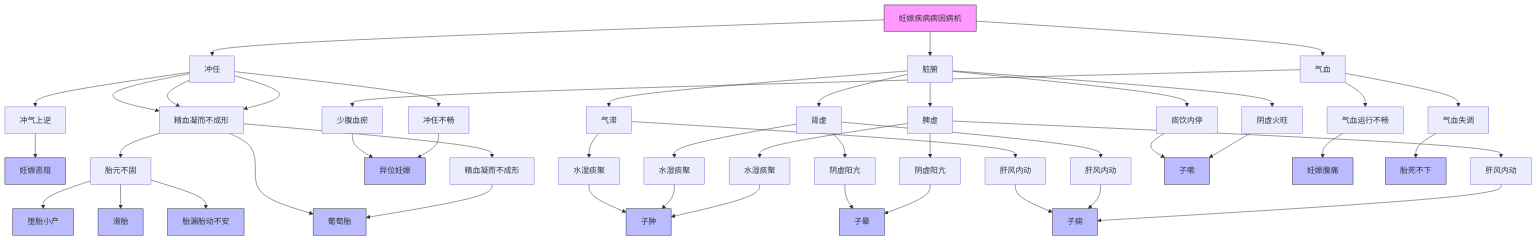
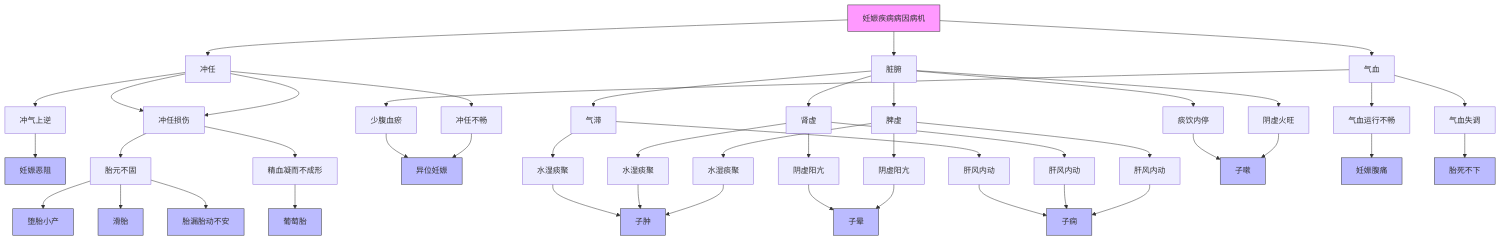
The diagram in all/未命名.md (lili23755/iodraw-files), drawn with Mermaid before and after one commit.

Commit message:
2025-04-04 10:58:11 update

````diff
--- a/all/未命名.md
+++ b/all/未命名.md
@@ -1,42 +1,41 @@
 ```mermaid
 flowchart TD
     A[妊娠疾病病因病机] --> B[冲任]
     A --> C[脏腑]
     A --> D[气血]
     
     B --> B1[冲气上逆] --> 妊娠恶阻
     B --> B2[冲任损伤] --> B2a[胎元不固] --> 堕胎小产 & 滑胎 & 胎漏胎动不安
     B --> B2[冲任损伤] --> B2b[精血凝而不成形] -->葡萄胎 
     B --> B3[冲任不畅] --> 异位妊娠
-    B --> B2[精血凝而不成形] --> 葡萄胎
     
     C --> C1[脾虚] --> C1a[水湿痰聚] --> 子肿
     C1 --> C1b[肝风内动] --> 子痫
     C1 --> C1c[阴虚阳亢] --> 子晕
     C --> C2[肾虚] --> C2a[水湿痰聚] --> 子肿
     C2 --> C2b[肝风内动] --> 子痫
     C2 --> C2c[阴虚阳亢] --> 子晕
     C --> C3[气滞] --> C3a[水湿痰聚] --> 子肿
     C3 --> C3b[肝风内动] --> 子痫
     C --> C4[阴虚火旺] --> 子嗽
     C --> C5[痰饮内停] --> 子嗽
     
     D --> D1[气血运行不畅] --> 妊娠腹痛
     D --> D2[气血失调] --> 胎死不下
     D --> D3[少腹血瘀] --> 异位妊娠
 
     style A fill:#f9f,stroke:#333
     style 妊娠恶阻 fill:#bbf,stroke:#333
     style 堕胎小产 fill:#bbf,stroke:#333
     style 滑胎 fill:#bbf,stroke:#333
     style 异位妊娠 fill:#bbf,stroke:#333
     style 子肿 fill:#bbf,stroke:#333
     style 子痫 fill:#bbf,stroke:#333
     style 胎漏胎动不安 fill:#bbf,stroke:#333
     style 胎死不下 fill:#bbf,stroke:#333
     style 妊娠腹痛 fill:#bbf,stroke:#333
     style 葡萄胎 fill:#bbf,stroke:#333
     style 子晕 fill:#bbf,stroke:#333
     style 子嗽 fill:#bbf,stroke:#333
 	  
 ```
````
